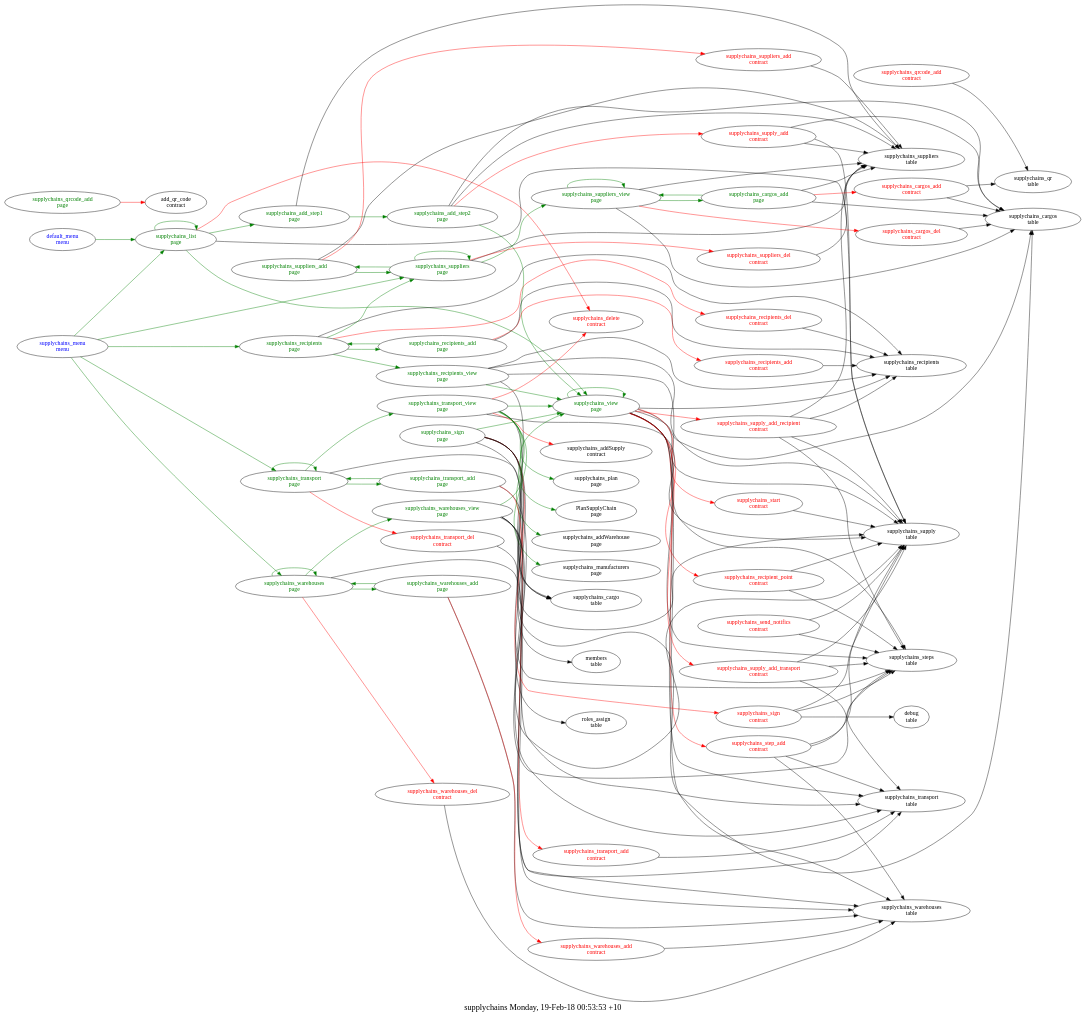
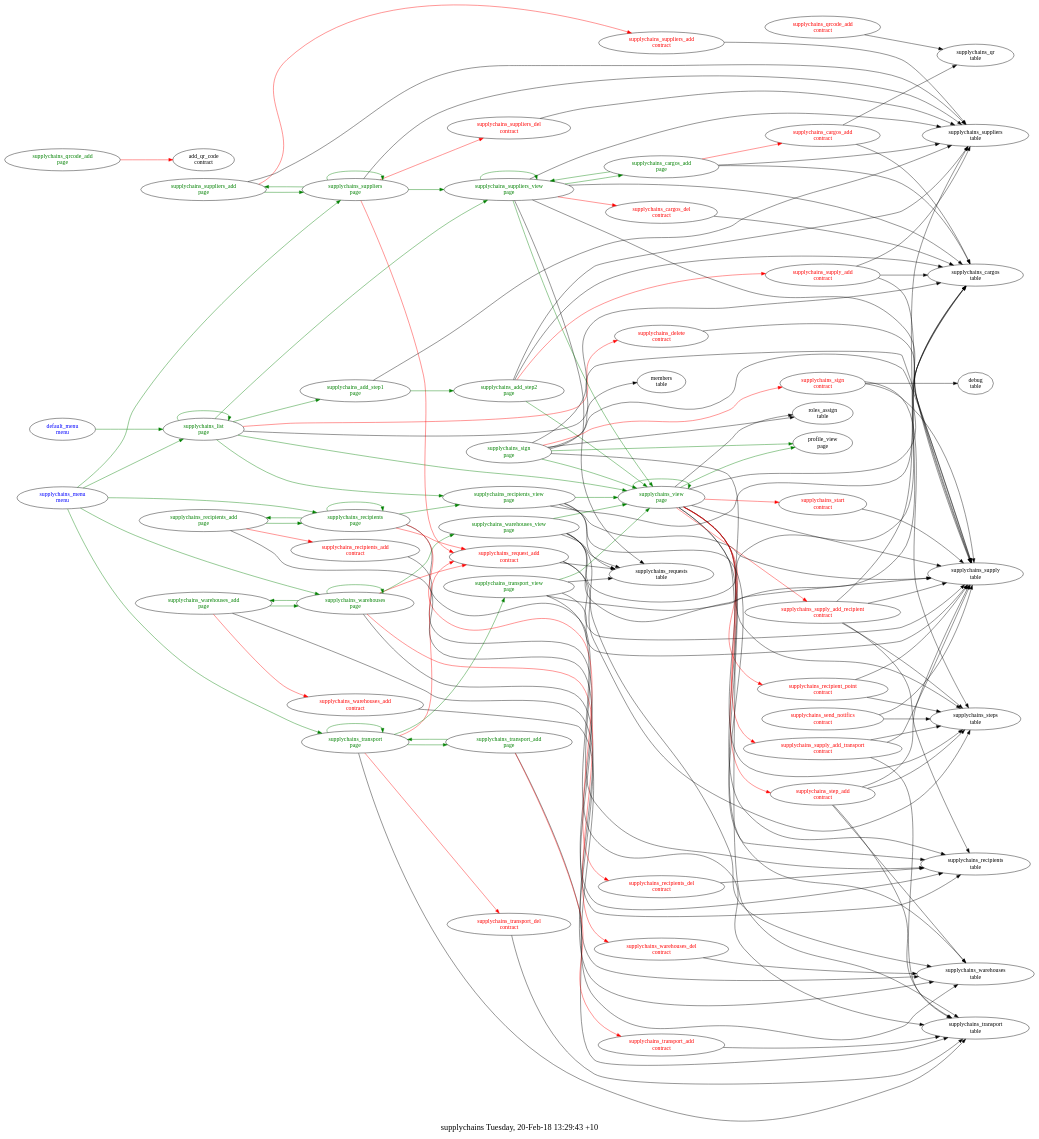
One commit to AplaProject/apps changed the diagram in src/supplychains/struct.dot. Above: the diagram before and after it, drawn with Graphviz. The commit also changed 43 other files, not shown here.

```diff
--- a/src/supplychains/struct.dot
+++ b/src/supplychains/struct.dot
@@ -1,12 +1,13 @@
 digraph G {
 fontsize="20.0";
-label="supplychains Monday, 19-Feb-18 00:53:53 +10";
+label="supplychains Tuesday, 20-Feb-18 13:29:43 +10";
 rankdir=LR;
 "supplychains_cargos_add\ncontract" -> "supplychains_qr\ntable"
 "supplychains_cargos_add\ncontract" -> "supplychains_cargos\ntable"
 "supplychains_cargos_add\ncontract" [fontcolor=red, group=contracts];
 "supplychains_cargos_del\ncontract" -> "supplychains_cargos\ntable"
 "supplychains_cargos_del\ncontract" [fontcolor=red, group=contracts];
+"supplychains_delete\ncontract" -> "supplychains_supply\ntable"
 "supplychains_delete\ncontract" [fontcolor=red, group=contracts];
 "supplychains_qrcode_add\ncontract" -> "supplychains_qr\ntable"
 "supplychains_qrcode_add\ncontract" [fontcolor=red, group=contracts];
@@ -17,6 +18,10 @@
 "supplychains_recipients_add\ncontract" [fontcolor=red, group=contracts];
 "supplychains_recipients_del\ncontract" -> "supplychains_recipients\ntable"
 "supplychains_recipients_del\ncontract" [fontcolor=red, group=contracts];
+"supplychains_request_add\ncontract" -> "supplychains_steps\ntable"
+"supplychains_request_add\ncontract" -> "supplychains_supply\ntable"
+"supplychains_request_add\ncontract" -> "supplychains_requests\ntable"
+"supplychains_request_add\ncontract" [fontcolor=red, group=contracts];
 "supplychains_send_notifics\ncontract" -> "supplychains_supply\ntable"
 "supplychains_send_notifics\ncontract" -> "supplychains_steps\ntable"
 "supplychains_send_notifics\ncontract" [fontcolor=red, group=contracts];
@@ -79,26 +84,29 @@
 "supplychains_cargos_add\npage" [fontcolor=green, group=pages];
 "supplychains_list\npage" -> "supplychains_delete\ncontract"  [ color=red ]
 "supplychains_list\npage" -> "supplychains_supply\ntable"
+"supplychains_list\npage" -> "supplychains_suppliers_view\npage"  [ color=green ]
+"supplychains_list\npage" -> "supplychains_recipients_view\npage"  [ color=green ]
+"supplychains_list\npage" -> "supplychains_list\npage"  [ color=green ]
 "supplychains_list\npage" -> "supplychains_view\npage"  [ color=green ]
-"supplychains_list\npage" -> "supplychains_list\npage"  [ color=green ]
 "supplychains_list\npage" -> "supplychains_add_step1\npage"  [ color=green ]
 "supplychains_list\npage" [fontcolor=green, group=pages];
 "supplychains_qrcode_add\npage" -> "add_qr_code\ncontract"  [ color=red ]
 "supplychains_qrcode_add\npage" [fontcolor=green, group=pages];
+"supplychains_recipients\npage" -> "supplychains_request_add\ncontract"  [ color=red ]
 "supplychains_recipients\npage" -> "supplychains_recipients_del\ncontract"  [ color=red ]
 "supplychains_recipients\npage" -> "supplychains_recipients\ntable"
 "supplychains_recipients\npage" -> "supplychains_recipients_view\npage"  [ color=green ]
+"supplychains_recipients\npage" -> "supplychains_recipients\npage"  [ color=green ]
 "supplychains_recipients\npage" -> "supplychains_recipients_add\npage"  [ color=green ]
-"supplychains_recipients\npage" -> "supplychains_suppliers\npage"  [ color=green ]
 "supplychains_recipients\npage" [fontcolor=green, group=pages];
 "supplychains_recipients_add\npage" -> "supplychains_recipients_add\ncontract"  [ color=red ]
 "supplychains_recipients_add\npage" -> "supplychains_recipients\ntable"
 "supplychains_recipients_add\npage" -> "supplychains_recipients\npage"  [ color=green ]
 "supplychains_recipients_add\npage" [fontcolor=green, group=pages];
 "supplychains_recipients_view\npage" -> "supplychains_recipients\ntable"
+"supplychains_recipients_view\npage" -> "supplychains_requests\ntable"
 "supplychains_recipients_view\npage" -> "supplychains_supply\ntable"
-"supplychains_recipients_view\npage" -> "supplychains_steps\ntable"
-"supplychains_recipients_view\npage" -> "supplychains_cargo\ntable"
+"supplychains_recipients_view\npage" -> "supplychains_cargos\ntable"
 "supplychains_recipients_view\npage" -> "supplychains_view\npage"  [ color=green ]
 "supplychains_recipients_view\npage" [fontcolor=green, group=pages];
 "supplychains_sign\npage" -> "supplychains_sign\ncontract"  [ color=red ]
@@ -107,13 +115,15 @@
 "supplychains_sign\npage" -> "supplychains_steps\ntable"
 "supplychains_sign\npage" -> "roles_assign\ntable"
 "supplychains_sign\npage" -> "members\ntable"
+"supplychains_sign\npage" -> "profile_view\npage"  [ color=green ]
 "supplychains_sign\npage" -> "supplychains_view\npage"  [ color=green ]
 "supplychains_sign\npage" [fontcolor=green, group=pages];
+"supplychains_suppliers\npage" -> "supplychains_request_add\ncontract"  [ color=red ]
 "supplychains_suppliers\npage" -> "supplychains_suppliers_del\ncontract"  [ color=red ]
 "supplychains_suppliers\npage" -> "supplychains_suppliers\ntable"
 "supplychains_suppliers\npage" -> "supplychains_suppliers_view\npage"  [ color=green ]
+"supplychains_suppliers\npage" -> "supplychains_suppliers\npage"  [ color=green ]
 "supplychains_suppliers\npage" -> "supplychains_suppliers_add\npage"  [ color=green ]
-"supplychains_suppliers\npage" -> "supplychains_suppliers\npage"  [ color=green ]
 "supplychains_suppliers\npage" [fontcolor=green, group=pages];
 "supplychains_suppliers_add\npage" -> "supplychains_suppliers_add\ncontract"  [ color=red ]
 "supplychains_suppliers_add\npage" -> "supplychains_suppliers\ntable"
@@ -121,29 +131,29 @@
 "supplychains_suppliers_add\npage" [fontcolor=green, group=pages];
 "supplychains_suppliers_view\npage" -> "supplychains_cargos_del\ncontract"  [ color=red ]
 "supplychains_suppliers_view\npage" -> "supplychains_suppliers\ntable"
+"supplychains_suppliers_view\npage" -> "supplychains_requests\ntable"
+"supplychains_suppliers_view\npage" -> "supplychains_supply\ntable"
 "supplychains_suppliers_view\npage" -> "supplychains_cargos\ntable"
+"supplychains_suppliers_view\npage" -> "supplychains_view\npage"  [ color=green ]
+"supplychains_suppliers_view\npage" -> "supplychains_suppliers_view\npage"  [ color=green ]
 "supplychains_suppliers_view\npage" -> "supplychains_cargos_add\npage"  [ color=green ]
-"supplychains_suppliers_view\npage" -> "supplychains_suppliers_view\npage"  [ color=green ]
 "supplychains_suppliers_view\npage" [fontcolor=green, group=pages];
+"supplychains_transport\npage" -> "supplychains_request_add\ncontract"  [ color=red ]
 "supplychains_transport\npage" -> "supplychains_transport_del\ncontract"  [ color=red ]
 "supplychains_transport\npage" -> "supplychains_transport\ntable"
 "supplychains_transport\npage" -> "supplychains_transport_view\npage"  [ color=green ]
+"supplychains_transport\npage" -> "supplychains_transport\npage"  [ color=green ]
 "supplychains_transport\npage" -> "supplychains_transport_add\npage"  [ color=green ]
-"supplychains_transport\npage" -> "supplychains_transport\npage"  [ color=green ]
 "supplychains_transport\npage" [fontcolor=green, group=pages];
 "supplychains_transport_add\npage" -> "supplychains_transport_add\ncontract"  [ color=red ]
 "supplychains_transport_add\npage" -> "supplychains_transport\ntable"
 "supplychains_transport_add\npage" -> "supplychains_transport\npage"  [ color=green ]
 "supplychains_transport_add\npage" [fontcolor=green, group=pages];
-"supplychains_transport_view\npage" -> "supplychains_addSupply\ncontract"  [ color=red ]
-"supplychains_transport_view\npage" -> "supplychains_delete\ncontract"  [ color=red ]
-"supplychains_transport_view\npage" -> "supplychains_cargo\ntable"
+"supplychains_transport_view\npage" -> "supplychains_transport\ntable"
+"supplychains_transport_view\npage" -> "supplychains_requests\ntable"
 "supplychains_transport_view\npage" -> "supplychains_supply\ntable"
+"supplychains_transport_view\npage" -> "supplychains_cargos\ntable"
 "supplychains_transport_view\npage" -> "supplychains_view\npage"  [ color=green ]
-"supplychains_transport_view\npage" -> "supplychains_plan\npage"  [ color=green ]
-"supplychains_transport_view\npage" -> "PlanSupplyChain\npage"  [ color=green ]
-"supplychains_transport_view\npage" -> "supplychains_addWarehouse\npage"  [ color=green ]
-"supplychains_transport_view\npage" -> "supplychains_manufacturers\npage"  [ color=green ]
 "supplychains_transport_view\npage" [fontcolor=green, group=pages];
 "supplychains_view\npage" -> "supplychains_step_add\ncontract"  [ color=red ]
 "supplychains_view\npage" -> "supplychains_supply_add_recipient\ncontract"  [ color=red ]
@@ -153,25 +163,28 @@
 "supplychains_view\npage" -> "supplychains_supply\ntable"
 "supplychains_view\npage" -> "supplychains_cargos\ntable"
 "supplychains_view\npage" -> "supplychains_steps\ntable"
+"supplychains_view\npage" -> "roles_assign\ntable"
 "supplychains_view\npage" -> "supplychains_recipients\ntable"
 "supplychains_view\npage" -> "supplychains_transport\ntable"
 "supplychains_view\npage" -> "supplychains_warehouses\ntable"
+"supplychains_view\npage" -> "profile_view\npage"  [ color=green ]
 "supplychains_view\npage" -> "supplychains_view\npage"  [ color=green ]
 "supplychains_view\npage" [fontcolor=green, group=pages];
+"supplychains_warehouses\npage" -> "supplychains_request_add\ncontract"  [ color=red ]
 "supplychains_warehouses\npage" -> "supplychains_warehouses_del\ncontract"  [ color=red ]
 "supplychains_warehouses\npage" -> "supplychains_warehouses\ntable"
 "supplychains_warehouses\npage" -> "supplychains_warehouses_view\npage"  [ color=green ]
+"supplychains_warehouses\npage" -> "supplychains_warehouses\npage"  [ color=green ]
 "supplychains_warehouses\npage" -> "supplychains_warehouses_add\npage"  [ color=green ]
-"supplychains_warehouses\npage" -> "supplychains_warehouses\npage"  [ color=green ]
 "supplychains_warehouses\npage" [fontcolor=green, group=pages];
 "supplychains_warehouses_add\npage" -> "supplychains_warehouses_add\ncontract"  [ color=red ]
 "supplychains_warehouses_add\npage" -> "supplychains_warehouses\ntable"
 "supplychains_warehouses_add\npage" -> "supplychains_warehouses\npage"  [ color=green ]
 "supplychains_warehouses_add\npage" [fontcolor=green, group=pages];
 "supplychains_warehouses_view\npage" -> "supplychains_warehouses\ntable"
+"supplychains_warehouses_view\npage" -> "supplychains_requests\ntable"
 "supplychains_warehouses_view\npage" -> "supplychains_supply\ntable"
-"supplychains_warehouses_view\npage" -> "supplychains_steps\ntable"
-"supplychains_warehouses_view\npage" -> "supplychains_cargo\ntable"
+"supplychains_warehouses_view\npage" -> "supplychains_cargos\ntable"
 "supplychains_warehouses_view\npage" -> "supplychains_view\npage"  [ color=green ]
 "supplychains_warehouses_view\npage" [fontcolor=green, group=pages];
 }
```
